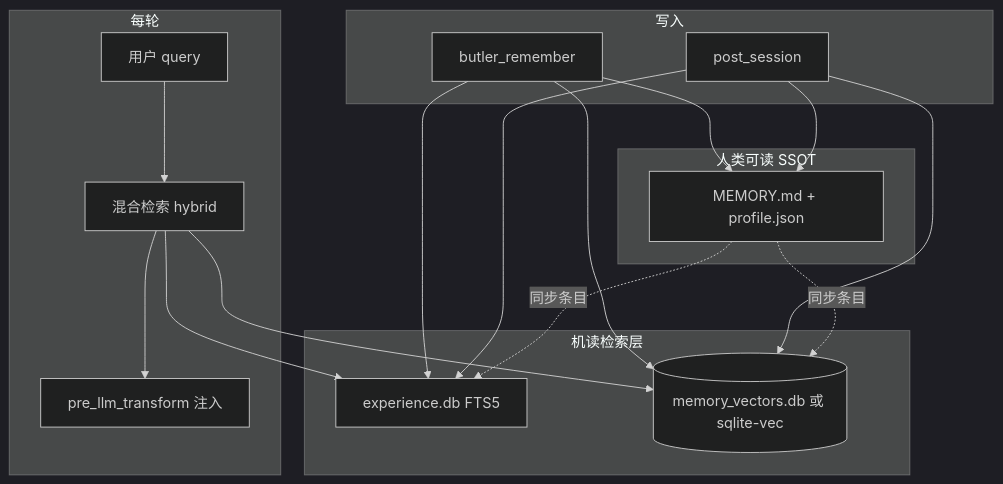
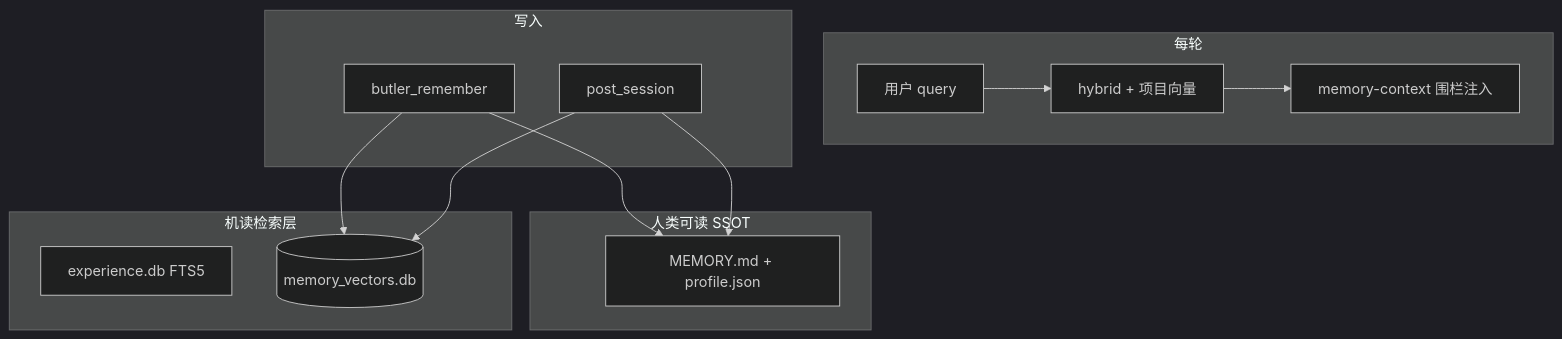
Before and after one commit to XiaZiHunDun/WFXM: the diagram in docs/architecture/memory-roadmap.md, drawn with Mermaid (dark theme). The commit also changed other lines of this file and 16 other files, not shown here.

````diff
--- a/docs/architecture/memory-roadmap.md
+++ b/docs/architecture/memory-roadmap.md
@@ -45,26 +38,20 @@
 ```mermaid
 flowchart TB
   subgraph human [人类可读 SSOT]
     MD[MEMORY.md + profile.json]
   end
   subgraph index [机读检索层]
     FTS[experience.db FTS5]
-    VEC[(memory_vectors.db 或 sqlite-vec)]
+    VEC[(memory_vectors.db)]
   end
   subgraph turn [每轮]
-    Q[用户 query] --> HY[混合检索 hybrid]
-    HY --> FTS
-    HY --> VEC
-    HY --> INJ[pre_llm_transform 注入]
+    Q[用户 query] --> HY[hybrid + 项目向量]
+    HY --> INJ["memory-context 围栏注入"]
   end
   subgraph write [写入]
     REM[butler_remember] --> MD
-    REM --> FTS
     REM --> VEC
     PS[post_session] --> MD
-    PS --> FTS
     PS --> VEC
   end
-  MD -.同步条目.-> FTS
-  MD -.同步条目.-> VEC
 ```
````
